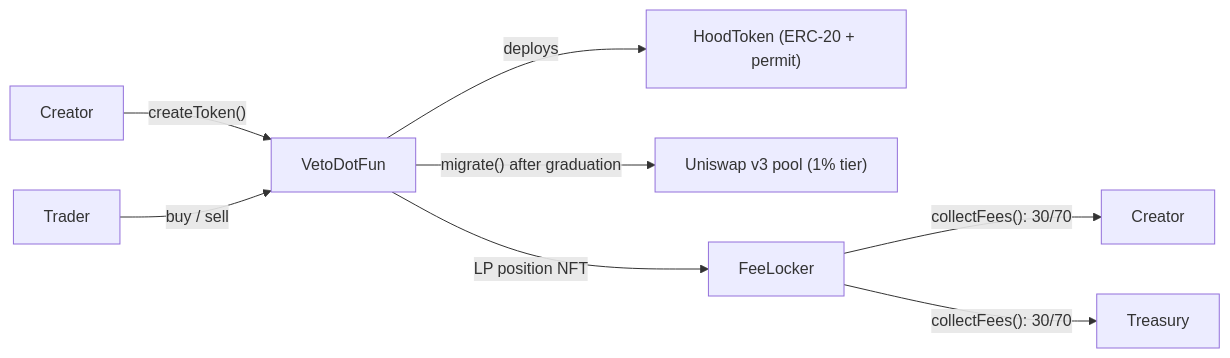
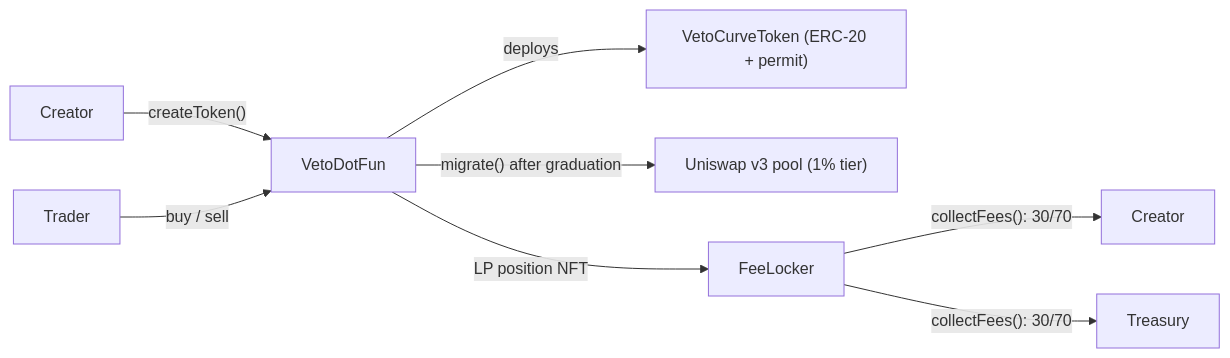
One commit to 0xAtaraxos/veto-docs changed the diagram in developers/overview.mdx. Above: the diagram before and after it, drawn with Mermaid. The commit also changed other lines of this file and 6 other files, not shown here.

````diff
--- a/developers/overview.mdx
+++ b/developers/overview.mdx
@@ -38,9 +38,9 @@
 ```mermaid
 flowchart LR
     Creator -- "createToken()" --> LP[VetoDotFun]
     Trader -- "buy / sell" --> LP
-    LP -- deploys --> T["HoodToken (ERC-20 + permit)"]
+    LP -- deploys --> T["VetoCurveToken (ERC-20 + permit)"]
     LP -- "migrate() after graduation" --> UNI["Uniswap v3 pool (1% tier)"]
     LP -- "LP position NFT" --> FL[FeeLocker]
     FL -- "collectFees(): 30/70" --> Creator2[Creator] & Treasury
 ```
````
